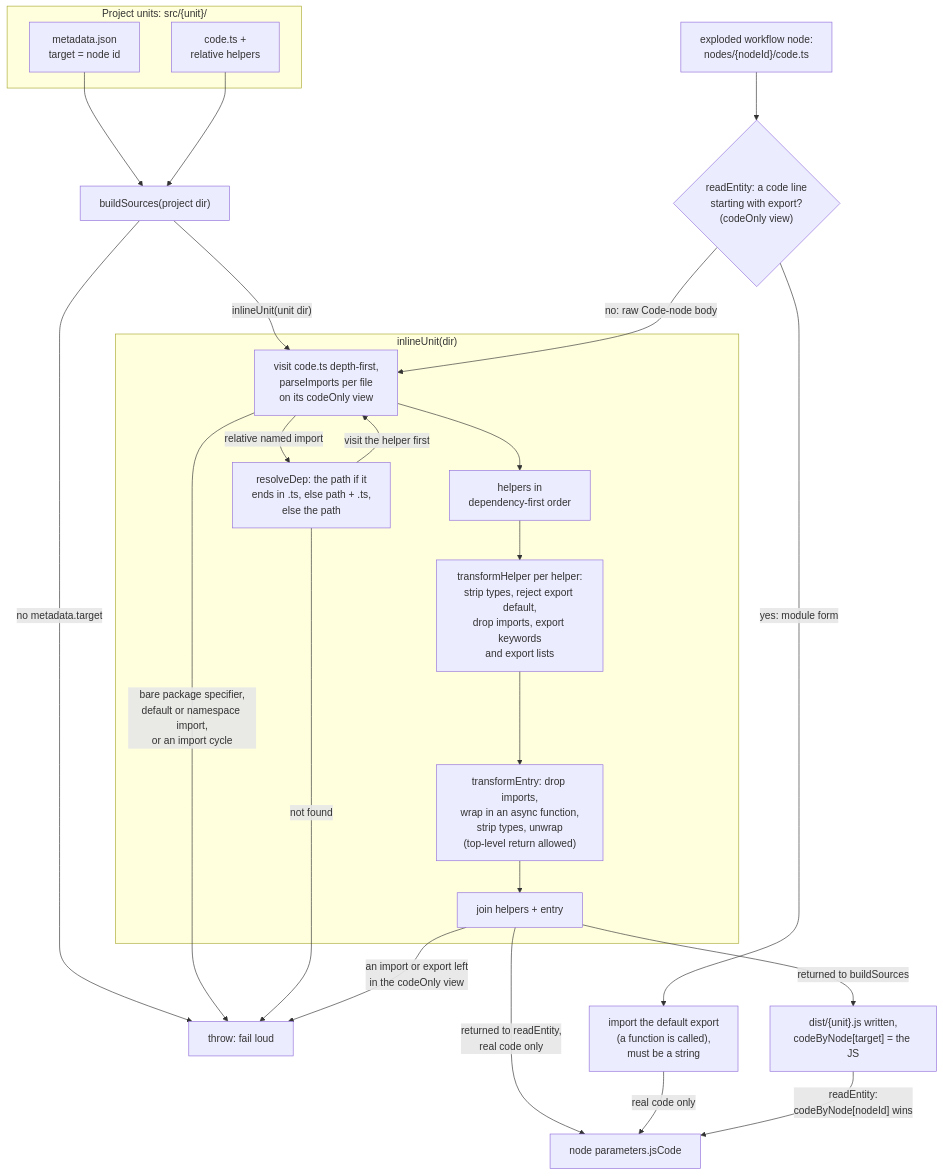
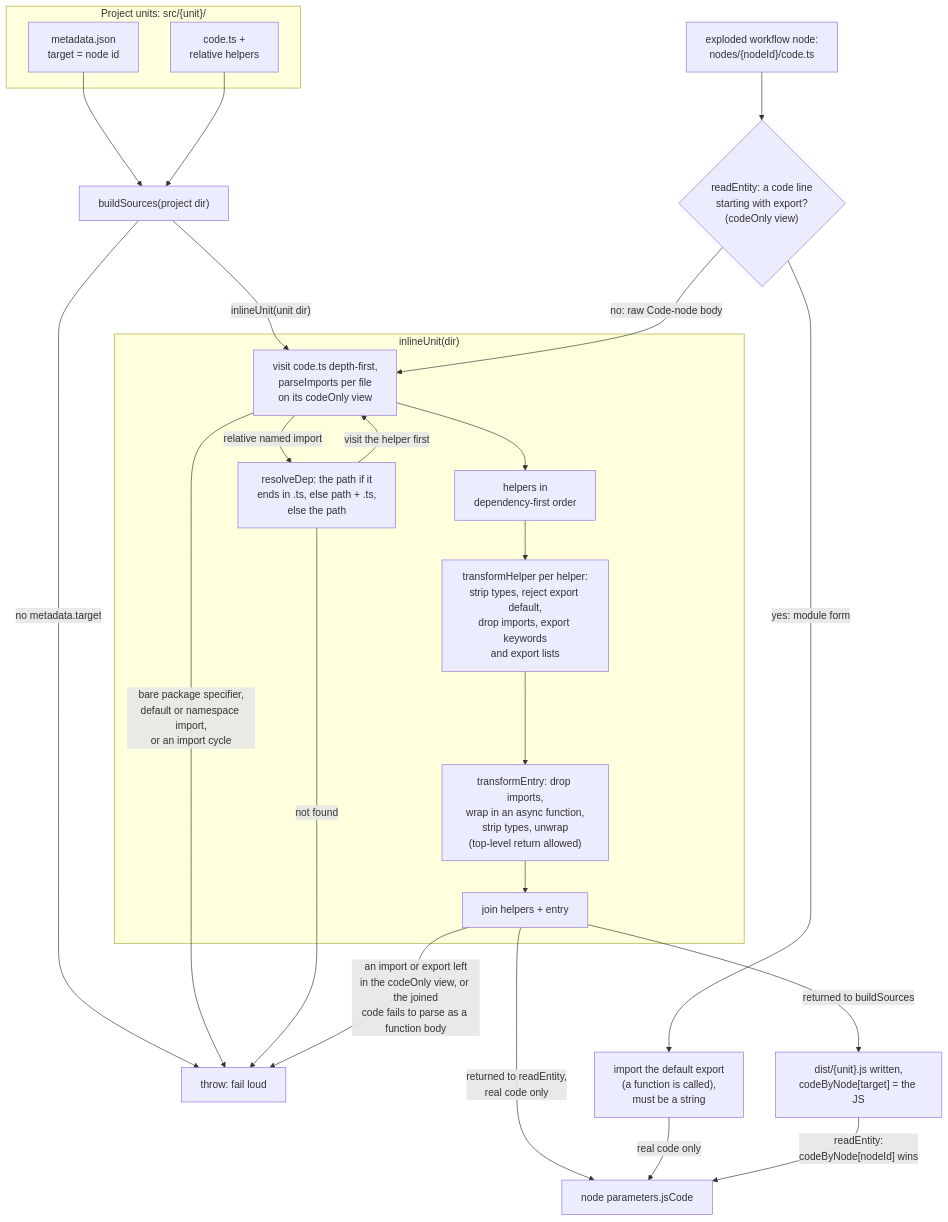
Diagram 11 of 15 in docs/ARCHITECTURE.md (nullseal/n8c), drawn with Mermaid before and after one commit. The commit also changed other lines of this file and 2 other files, not shown here.

Commit message:
fix: inliner re-parses its result so a scanner misread cannot ship a leftover export

````diff
--- a/docs/ARCHITECTURE.md
+++ b/docs/ARCHITECTURE.md
@@ -661,31 +661,31 @@
 ```mermaid
 flowchart TD
     subgraph SRC["Project units: src/{unit}/"]
         UMETA["metadata.json<br/>target = node id"]
         UCODE["code.ts +<br/>relative helpers"]
     end
     NCODE["exploded workflow node:<br/>nodes/{nodeId}/code.ts"]
     UMETA --> BS["buildSources(project dir)"]
     UCODE --> BS
     BS -->|"no metadata.target"| THROW
     BS -->|"inlineUnit(unit dir)"| V
     NCODE --> FORM{"readEntity: a code line<br/>starting with export?<br/>(codeOnly view)"}
     FORM -->|"yes: module form"| MOD["import the default export<br/>(a function is called),<br/>must be a string"]
     FORM -->|"no: raw Code-node body"| V
     subgraph INLINE["inlineUnit(dir)"]
         V["visit code.ts depth-first,<br/>parseImports per file<br/>on its codeOnly view"]
         V -->|"relative named import"| RD["resolveDep: the path if it<br/>ends in .ts, else path + .ts,<br/>else the path"]
         RD -->|"visit the helper first"| V
         V --> ORD["helpers in<br/>dependency-first order"]
         ORD --> TH["transformHelper per helper:<br/>strip types, reject export default,<br/>drop imports, export keywords<br/>and export lists"]
         TH --> TE["transformEntry: drop imports,<br/>wrap in an async function,<br/>strip types, unwrap<br/>(top-level return allowed)"]
         TE --> JOIN["join helpers + entry"]
     end
     V -->|"bare package specifier,<br/>default or namespace import,<br/>or an import cycle"| THROW["throw: fail loud"]
     RD -->|"not found"| THROW
-    JOIN -->|"an import or export left<br/>in the codeOnly view"| THROW
+    JOIN -->|"an import or export left<br/>in the codeOnly view, or the joined<br/>code fails to parse as a function body"| THROW
     JOIN -->|"returned to buildSources"| BOUT["dist/{unit}.js written,<br/>codeByNode[target] = the JS"]
     JOIN -->|"returned to readEntity,<br/>real code only"| PARAM["node parameters.jsCode"]
     MOD -->|"real code only"| PARAM
     BOUT -->|"readEntity:<br/>codeByNode[nodeId] wins"| PARAM
 ```
````
